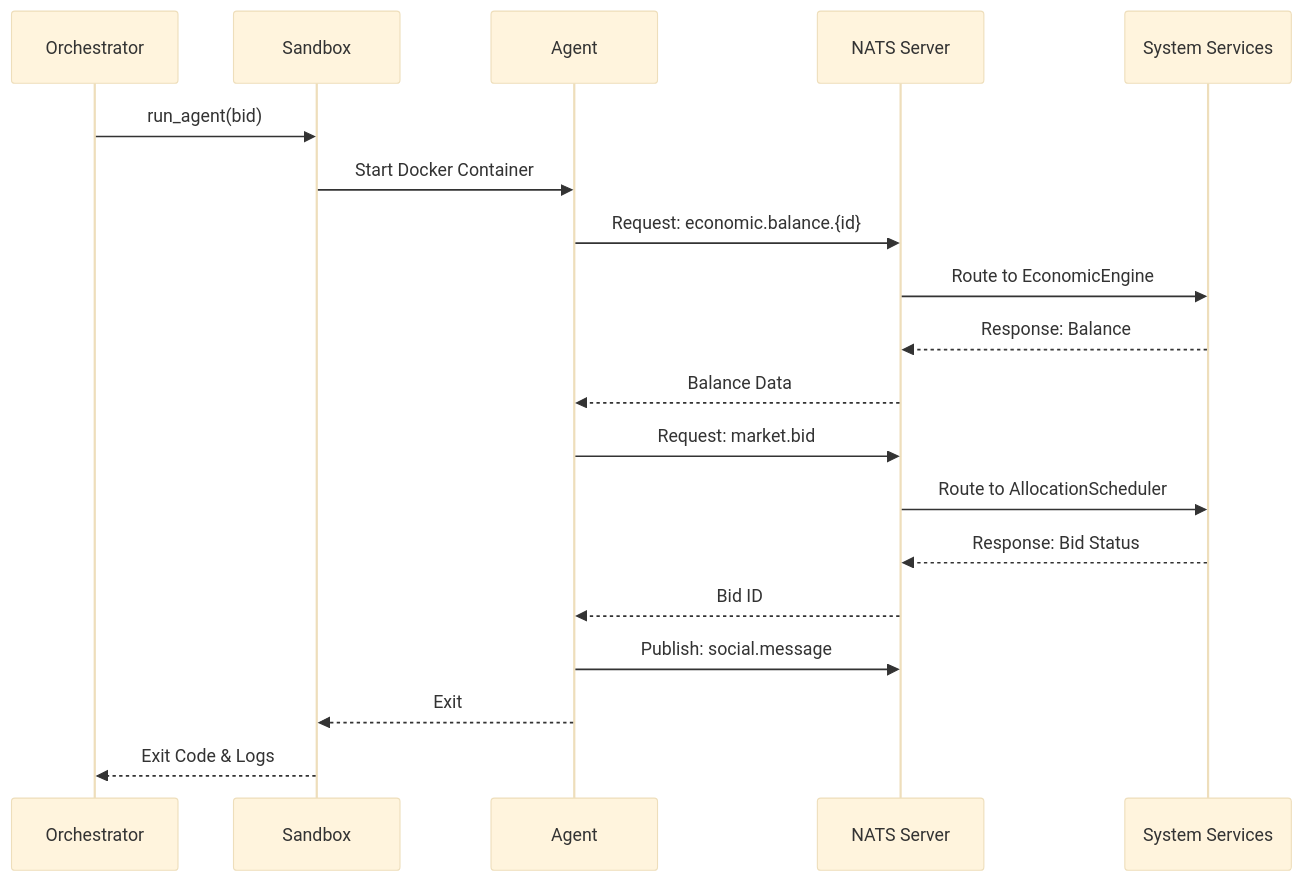
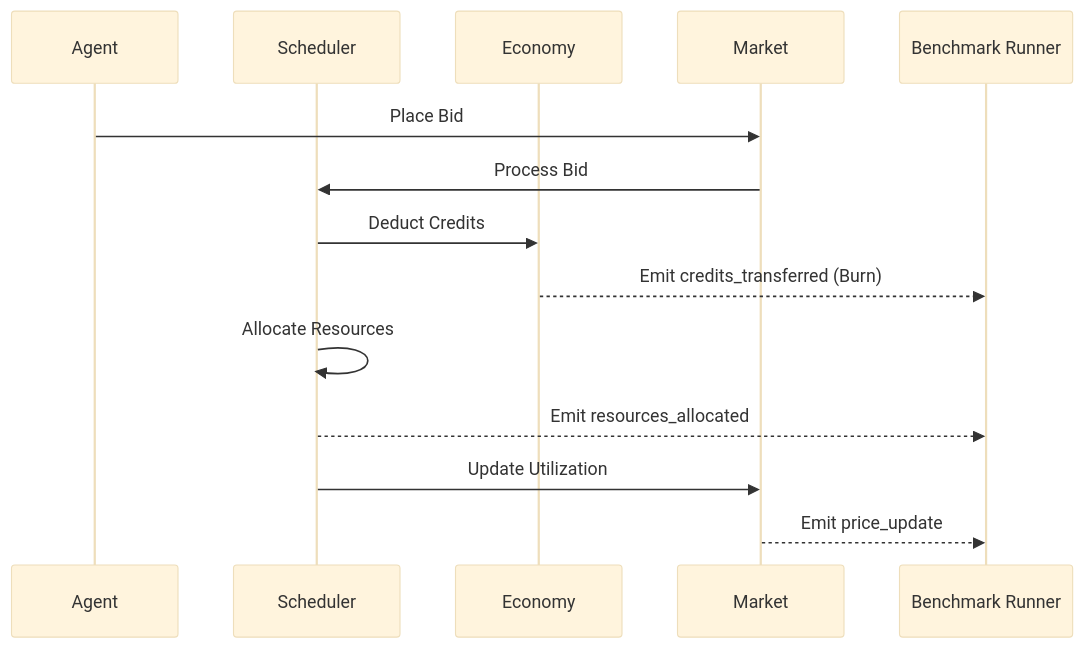
The second of 2 diagrams in docs/architecture/current_architecture.md (Ben-Pollard/syntropism), drawn with Mermaid (base theme) before and after one commit. The commit also changed other lines of this file and 37 other files, not shown here.

````diff
--- a/docs/architecture/current_architecture.md
+++ b/docs/architecture/current_architecture.md
@@ -42,22 +51,17 @@
 ```mermaid
 sequenceDiagram
-    participant O as Orchestrator
-    participant X as Sandbox
     participant A as Agent
-    participant N as NATS Server
-    participant S as System Services
+    participant S as Scheduler
+    participant E as Economy
+    participant M as Market
+    participant B as Benchmark Runner
 
-    O->>X: run_agent(bid)
-    X->>A: Start Docker Container
-    A->>N: Request: economic.balance.{id}
-    N->>S: Route to EconomicEngine
-    S-->>N: Response: Balance
-    N-->>A: Balance Data
-    A->>N: Request: market.bid
-    N->>S: Route to AllocationScheduler
-    S-->>N: Response: Bid Status
-    N-->>A: Bid ID
-    A->>N: Publish: social.message
-    A-->>X: Exit
-    X-->>O: Exit Code & Logs
+    A->>M: Place Bid
+    M->>S: Process Bid
+    S->>E: Deduct Credits
+    E-->>B: Emit credits_transferred (Burn)
+    S->>S: Allocate Resources
+    S-->>B: Emit resources_allocated
+    S->>M: Update Utilization
+    M-->>B: Emit price_update
 ```
````
